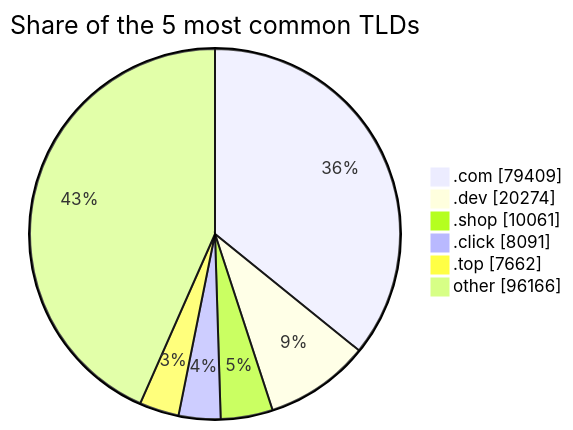
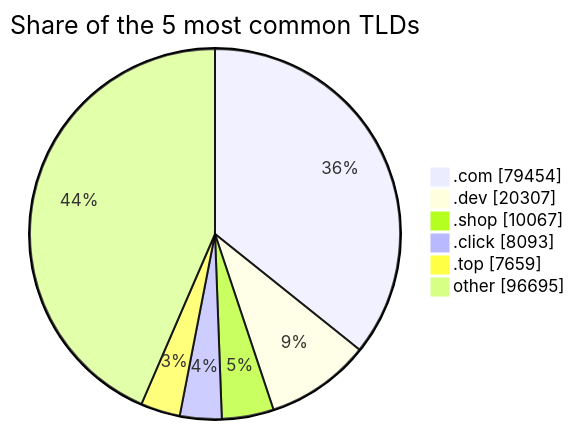
Before and after one commit to DNSBunker/CTI: the third of 3 diagrams in README.md, drawn with Mermaid. The commit also changed other lines of this file and 3 other files, not shown here.

````diff
--- a/README.md
+++ b/README.md
@@ -81,9 +81,9 @@
 ```mermaid
 pie showData title Share of the 5 most common TLDs
-    ".com" : 79409
-    ".dev" : 20274
-    ".shop" : 10061
-    ".click" : 8091
-    ".top" : 7662
-    "other" : 96166
+    ".com" : 79454
+    ".dev" : 20307
+    ".shop" : 10067
+    ".click" : 8093
+    ".top" : 7659
+    "other" : 96695
 ```
````
